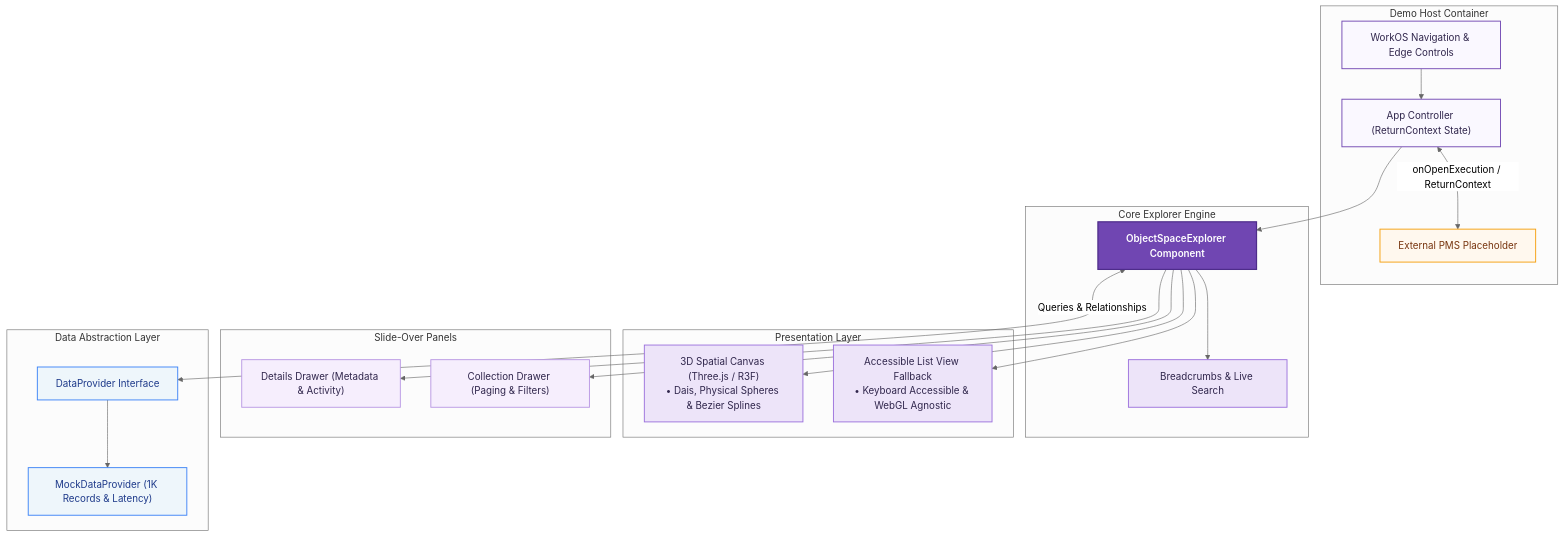
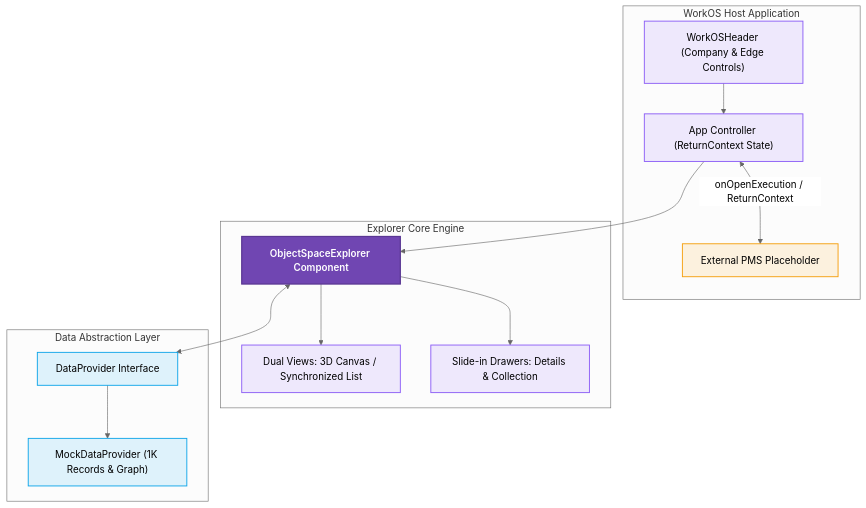
One commit to Aayushi31032006/3D-WorkOS-Explorer changed the diagram in README.md. Above: the diagram before and after it, drawn with Mermaid (neutral theme). The commit also changed other lines of this file, not shown here.

Commit message:
docs: streamline README by removing sequence diagram and optimizing architecture layout

````diff
--- a/README.md
+++ b/README.md
@@ -101,49 +101,32 @@
 ```mermaid
 flowchart TD
-    %% WorkOS Refined Palette
-    classDef host fill:#FAF8FF,stroke:#7046B2,stroke-width:1.5px,color:#30264C;
-    classDef core fill:#7046B2,stroke:#4E2C8A,stroke-width:2px,color:#FFFFFF,font-weight:600;
-    classDef view fill:#EDE4F9,stroke:#9B70DC,stroke-width:1.5px,color:#30264C;
-    classDef panel fill:#F6EEFD,stroke:#B897E3,stroke-width:1.5px,color:#30264C;
-    classDef data fill:#EEF6FB,stroke:#3B82F6,stroke-width:1.5px,color:#1E3A8A;
-    classDef pms fill:#FFF8EE,stroke:#F59E0B,stroke-width:1.5px,color:#78350F;
+    classDef main fill:#7046B2,stroke:#5A3793,stroke-width:2px,color:#FFFFFF,font-weight:600;
+    classDef sub fill:#8B5CF620,stroke:#8B5CF6,stroke-width:1.5px,color:inherit;
+    classDef data fill:#0EA5E920,stroke:#0EA5E9,stroke-width:1.5px,color:inherit;
+    classDef ext fill:#F59E0B20,stroke:#F59E0B,stroke-width:1.5px,color:inherit;
 
-    subgraph HostApp["Demo Host Container"]
-        Header["WorkOS Navigation & Edge Controls"]:::host
-        App["App Controller (ReturnContext State)"]:::host
-        PMS["External PMS Placeholder"]:::pms
+    subgraph Host["WorkOS Host Application"]
+        App["App Controller (ReturnContext State)"]:::sub
+        Header["WorkOSHeader (Company & Edge Controls)"]:::sub
+        PMS["External PMS Placeholder"]:::ext
     end
 
-    subgraph ExplorerCore["Core Explorer Engine"]
-        Explorer["ObjectSpaceExplorer Component"]:::core
-        Nav["Breadcrumbs & Live Search"]:::view
-    end
-
-    subgraph DualViews["Presentation Layer"]
-        Scene3D["3D Spatial Canvas (Three.js / R3F)
-• Dais, Physical Spheres & Bezier Splines"]:::view
-        ListView["Accessible List View Fallback
-• Keyboard Accessible & WebGL Agnostic"]:::view
-    end
-
-    subgraph Drawers["Slide-Over Panels"]
-        Details["Details Drawer (Metadata & Activity)"]:::panel
-        Collection["Collection Drawer (Paging & Filters)"]:::panel
+    subgraph Core["Explorer Core Engine"]
+        Explorer["ObjectSpaceExplorer Component"]:::main
+        Views["Dual Views: 3D Canvas / Synchronized List"]:::sub
+        Panels["Slide-in Drawers: Details & Collection"]:::sub
     end
 
     subgraph DataLayer["Data Abstraction Layer"]
         DataProvider["DataProvider Interface"]:::data
-        MockData["MockDataProvider (1K Records & Latency)"]:::data
+        MockData["MockDataProvider (1K Records & Graph)"]:::data
     end
 
     Header --> App
     App --> Explorer
     App <-->|onOpenExecution / ReturnContext| PMS
-    Explorer --> Nav
-    Explorer --> Scene3D
-    Explorer --> ListView
-    Explorer --> Details
-    Explorer --> Collection
-    Explorer <-->|Queries & Relationships| DataProvider
+    Explorer --> Views
+    Explorer --> Panels
+    Explorer <--> DataProvider
     DataProvider --> MockData
 ```
````
